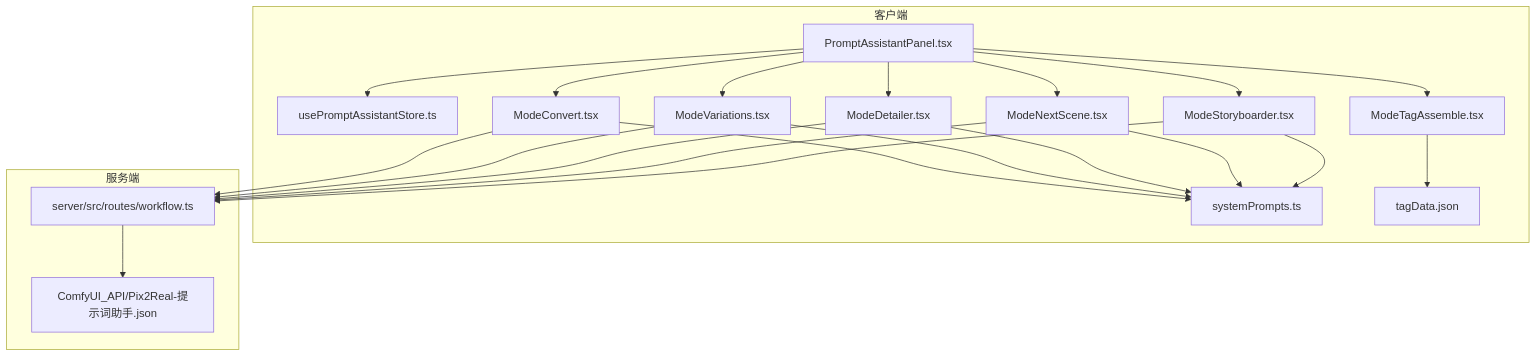
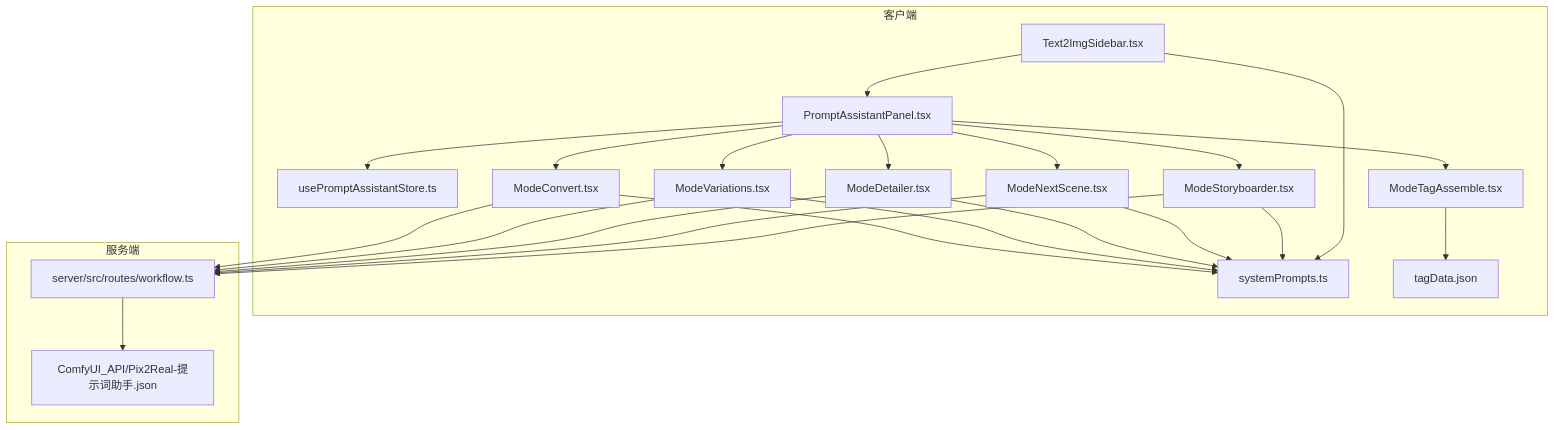
One commit to billye220670/CorineKit_Pix2Real changed the first of 7 diagrams in .qoder/repowiki/zh/content/用户界面组件/专业功能组件/提示词助手面板/提示词助手面板.md. Above: the diagram before and after it, drawn with Mermaid. The commit also changed other lines of this file and 49 other files, not shown here.

````diff
--- a/.qoder/repowiki/zh/content/用户界面组件/专业功能组件/提示词助手面板/提示词助手面板.md
+++ b/.qoder/repowiki/zh/content/用户界面组件/专业功能组件/提示词助手面板/提示词助手面板.md
@@ -38,38 +50,41 @@
 ```mermaid
 graph TB
 subgraph "客户端"
 Panel["PromptAssistantPanel.tsx"]
 Store["usePromptAssistantStore.ts"]
 Sys["systemPrompts.ts"]
 M1["ModeConvert.tsx"]
 M2["ModeVariations.tsx"]
 M3["ModeDetailer.tsx"]
 M4["ModeNextScene.tsx"]
 M5["ModeStoryboarder.tsx"]
 M6["ModeTagAssemble.tsx"]
 Tags["tagData.json"]
+Text2Img["Text2ImgSidebar.tsx"]
 end
 subgraph "服务端"
 Route["server/src/routes/workflow.ts"]
 WF["ComfyUI_API/Pix2Real-提示词助手.json"]
 end
 Panel --> Store
 Panel --> M1
 Panel --> M2
 Panel --> M3
 Panel --> M4
 Panel --> M5
 Panel --> M6
 M1 --> Sys
 M2 --> Sys
 M3 --> Sys
 M4 --> Sys
 M5 --> Sys
 M6 --> Tags
+Text2Img --> Panel
+Text2Img --> Sys
 M1 --> Route
 M2 --> Route
 M3 --> Route
 M4 --> Route
 M5 --> Route
 Route --> WF
 ```
````
